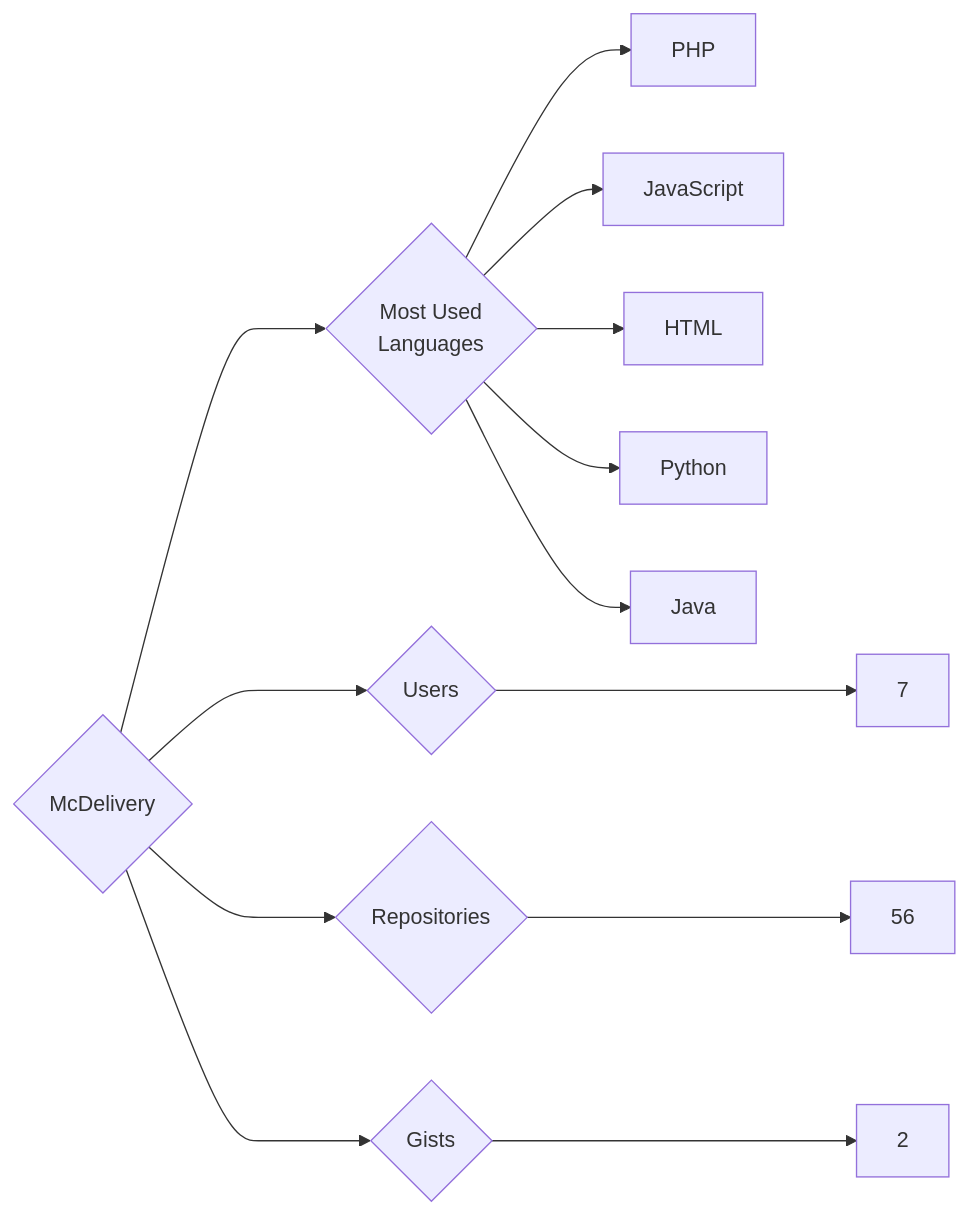
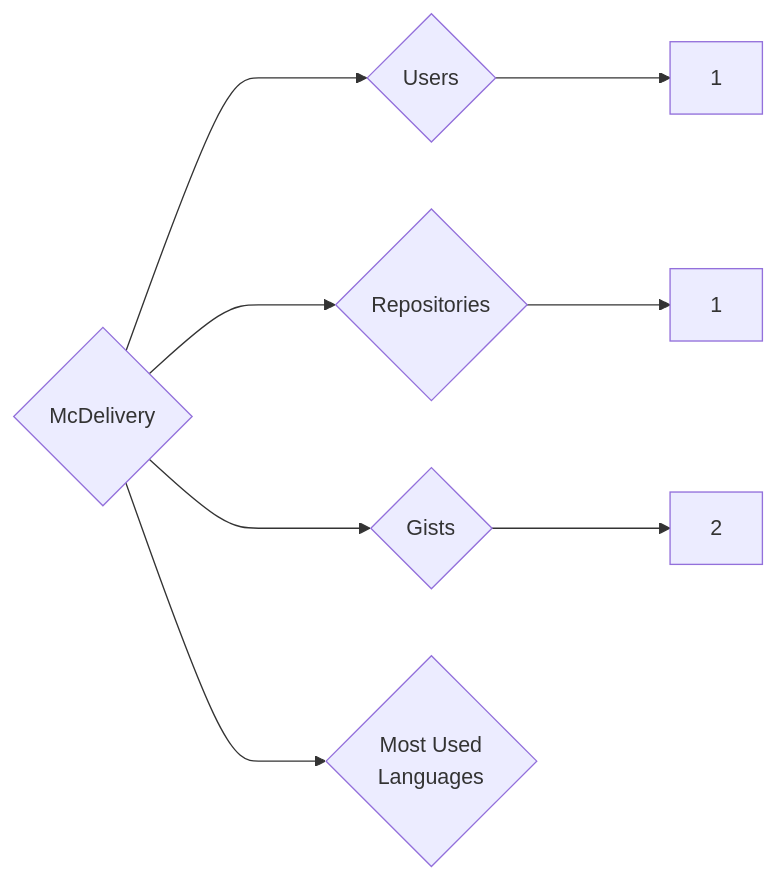
Before and after one commit to trickest/insiders: the diagram in targets/McDelivery/README.md, drawn with Mermaid. The commit also changed 870 other files, not shown here.

````diff
--- a/targets/McDelivery/README.md
+++ b/targets/McDelivery/README.md
@@ -3,13 +3,8 @@
 ```mermaid
 graph LR
 COMPANY_NAME{McDelivery}
-COMPANY_NAME ---> U{Users} ---> UN[7]
-COMPANY_NAME ---> R{Repositories} ---> RN[56]
+COMPANY_NAME ---> U{Users} ---> UN[1]
+COMPANY_NAME ---> R{Repositories} ---> RN[1]
 COMPANY_NAME ---> G{Gists} ---> GN[2]
 COMPANY_NAME ---> ML{Most Used<br>Languages}
-ML --> PHP[PHP]
-ML --> JavaScript[JavaScript]
-ML --> HTML[HTML]
-ML --> Python[Python]
-ML --> Java[Java]
 ```
````
